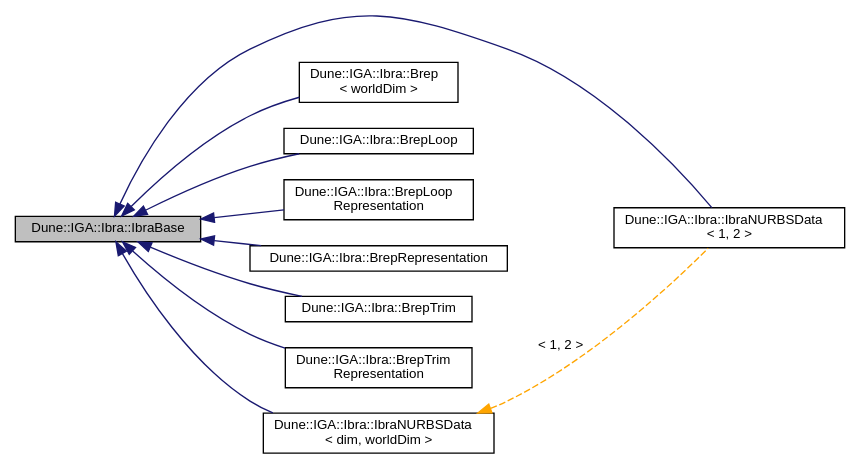
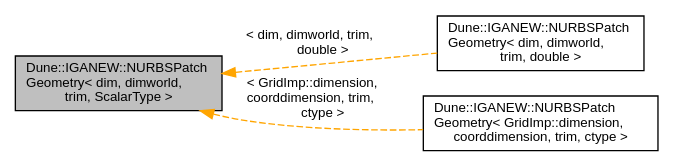
The diagram in d9/d10/a01103.dot (rath3t/dune-iga-doc), drawn with Graphviz before and after one commit. The commit also changed 834 other files, not shown here.

Commit message:
deploy: rath3t/dune-iga@4029b7012355f20c5551990b3dfaf1e790af0da3

```diff
--- a/d9/d10/a01103.dot
+++ b/d9/d10/a01103.dot
@@ -1,25 +1,12 @@
-digraph "Dune::IGA::Ibra::IbraBase"
+digraph "Dune::IGANEW::NURBSPatchGeometry&lt; dim, dimworld, trim, ScalarType &gt;"
 {
  // LATEX_PDF_SIZE
   edge [fontname="Helvetica",fontsize="10",labelfontname="Helvetica",labelfontsize="10"];
   node [fontname="Helvetica",fontsize="10",shape=record];
   rankdir="LR";
-  Node1 [label="Dune::IGA::Ibra::IbraBase",height=0.2,width=0.4,color="black", fillcolor="grey75", style="filled", fontcolor="black",tooltip=" "];
-  Node1 -> Node2 [dir="back",color="midnightblue",fontsize="10",style="solid",fontname="Helvetica"];
-  Node2 [label="Dune::IGA::Ibra::IbraNURBSData\l\< 1, 2 \>",height=0.2,width=0.4,color="black", fillcolor="white", style="filled",URL="$d2/dd7/a01108.html",tooltip=" "];
-  Node1 -> Node3 [dir="back",color="midnightblue",fontsize="10",style="solid",fontname="Helvetica"];
-  Node3 [label="Dune::IGA::Ibra::Brep\l\< worldDim \>",height=0.2,width=0.4,color="black", fillcolor="white", style="filled",URL="$d6/de6/a01132.html",tooltip=" "];
-  Node1 -> Node4 [dir="back",color="midnightblue",fontsize="10",style="solid",fontname="Helvetica"];
-  Node4 [label="Dune::IGA::Ibra::BrepLoop",height=0.2,width=0.4,color="black", fillcolor="white", style="filled",URL="$d0/dc8/a01124.html",tooltip=" "];
-  Node1 -> Node5 [dir="back",color="midnightblue",fontsize="10",style="solid",fontname="Helvetica"];
-  Node5 [label="Dune::IGA::Ibra::BrepLoop\lRepresentation",height=0.2,width=0.4,color="black", fillcolor="white", style="filled",URL="$dc/d51/a01120.html",tooltip=" "];
-  Node1 -> Node6 [dir="back",color="midnightblue",fontsize="10",style="solid",fontname="Helvetica"];
-  Node6 [label="Dune::IGA::Ibra::BrepRepresentation",height=0.2,width=0.4,color="black", fillcolor="white", style="filled",URL="$d9/d12/a01128.html",tooltip=" "];
-  Node1 -> Node7 [dir="back",color="midnightblue",fontsize="10",style="solid",fontname="Helvetica"];
-  Node7 [label="Dune::IGA::Ibra::BrepTrim",height=0.2,width=0.4,color="black", fillcolor="white", style="filled",URL="$d4/dc5/a01116.html",tooltip=" "];
-  Node1 -> Node8 [dir="back",color="midnightblue",fontsize="10",style="solid",fontname="Helvetica"];
-  Node8 [label="Dune::IGA::Ibra::BrepTrim\lRepresentation",height=0.2,width=0.4,color="black", fillcolor="white", style="filled",URL="$d0/d39/a01112.html",tooltip=" "];
-  Node1 -> Node9 [dir="back",color="midnightblue",fontsize="10",style="solid",fontname="Helvetica"];
-  Node9 [label="Dune::IGA::Ibra::IbraNURBSData\l\< dim, worldDim \>",height=0.2,width=0.4,color="black", fillcolor="white", style="filled",URL="$d2/dd7/a01108.html",tooltip=" "];
-  Node9 -> Node2 [dir="back",color="orange",fontsize="10",style="dashed",label=" \< 1, 2 \>" ,fontname="Helvetica"];
+  Node1 [label="Dune::IGANEW::NURBSPatch\lGeometry\< dim, dimworld,\l trim, ScalarType \>",height=0.2,width=0.4,color="black", fillcolor="grey75", style="filled", fontcolor="black",tooltip=" "];
+  Node1 -> Node2 [dir="back",color="orange",fontsize="10",style="dashed",label=" \< dim, dimworld, trim,\l double \>" ,fontname="Helvetica"];
+  Node2 [label="Dune::IGANEW::NURBSPatch\lGeometry\< dim, dimworld,\l trim, double \>",height=0.2,width=0.4,color="black", fillcolor="white", style="filled",URL="$dd/dcb/a01104.html",tooltip=" "];
+  Node1 -> Node3 [dir="back",color="orange",fontsize="10",style="dashed",label=" \< GridImp::dimension,\l coorddimension, trim,\l ctype \>" ,fontname="Helvetica"];
+  Node3 [label="Dune::IGANEW::NURBSPatch\lGeometry\< GridImp::dimension,\l coorddimension, trim, ctype \>",height=0.2,width=0.4,color="black", fillcolor="white", style="filled",URL="$dd/dcb/a01104.html",tooltip=" "];
 }
```
